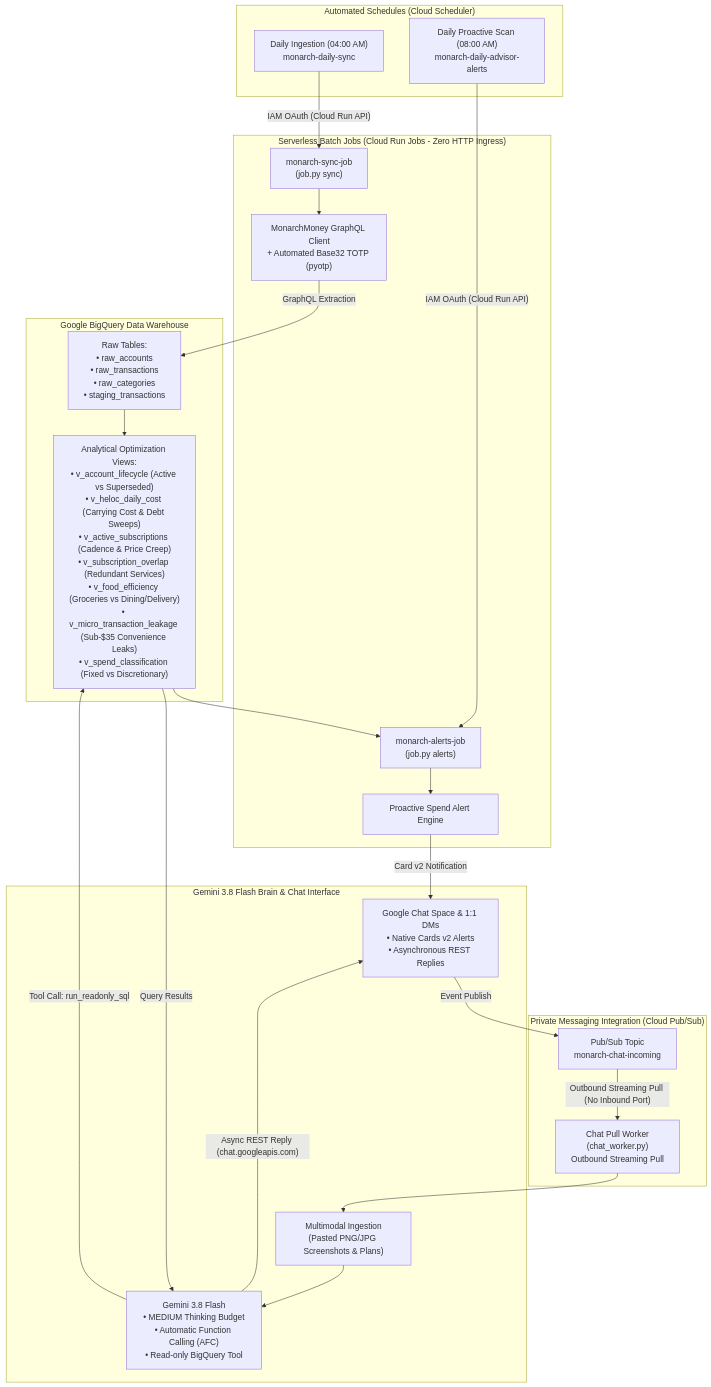
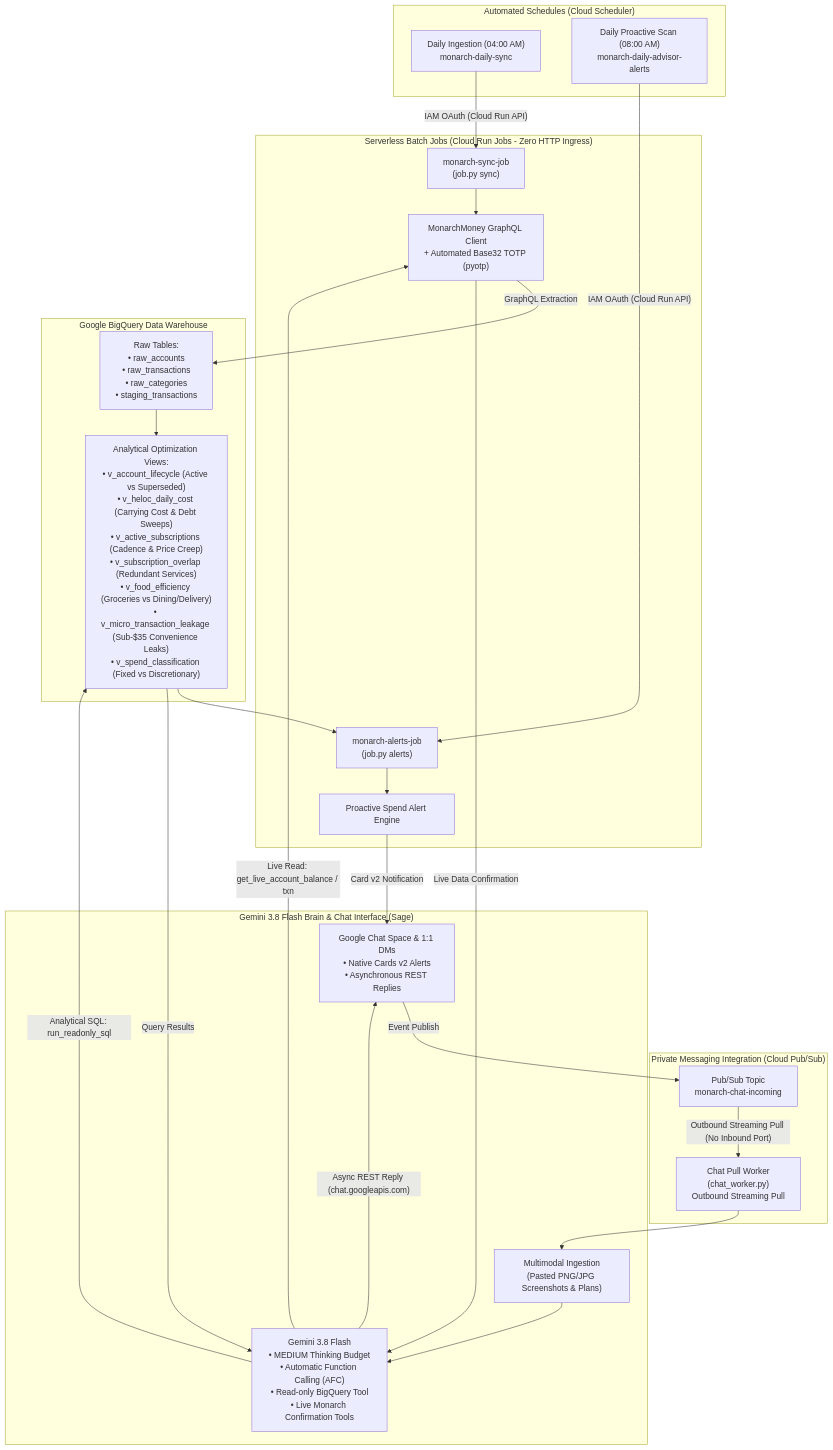
The diagram in README.md (n0012/family-financial-intelligence-hub), drawn with Mermaid before and after one commit. The commit also changed other lines of this file, not shown here.

Commit message:
docs: add incremental architecture & PR changelog to README.md

````diff
--- a/README.md
+++ b/README.md
@@ -36,48 +36,50 @@
 ```mermaid
 flowchart TD
     subgraph Scheduling ["Automated Schedules (Cloud Scheduler)"]
         CronSync["Daily Ingestion (04:00 AM)<br/>monarch-daily-sync"]
         CronAlert["Daily Proactive Scan (08:00 AM)<br/>monarch-daily-advisor-alerts"]
     end
 
     subgraph BatchLayer ["Serverless Batch Jobs (Cloud Run Jobs - Zero HTTP Ingress)"]
         JobSync["monarch-sync-job<br/>(job.py sync)"]
         JobAlert["monarch-alerts-job<br/>(job.py alerts)"]
         MMClient["MonarchMoney GraphQL Client<br/>+ Automated Base32 TOTP (pyotp)"]
         AdvisorEngine["Proactive Spend Alert Engine"]
     end
 
     subgraph DataWarehouse ["Google BigQuery Data Warehouse"]
         RawTables["Raw Tables:<br/>• raw_accounts<br/>• raw_transactions<br/>• raw_categories<br/>• staging_transactions"]
         Views["Analytical Optimization Views:<br/>• v_account_lifecycle (Active vs Superseded)<br/>• v_heloc_daily_cost (Carrying Cost & Debt Sweeps)<br/>• v_active_subscriptions (Cadence & Price Creep)<br/>• v_subscription_overlap (Redundant Services)<br/>• v_food_efficiency (Groceries vs Dining/Delivery)<br/>• v_micro_transaction_leakage (Sub-$35 Convenience Leaks)<br/>• v_spend_classification (Fixed vs Discretionary)"]
     end
 
     subgraph PrivateIngestion ["Private Messaging Integration (Cloud Pub/Sub)"]
         Topic["Pub/Sub Topic<br/>monarch-chat-incoming"]
         Worker["Chat Pull Worker<br/>(chat_worker.py)<br/>Outbound Streaming Pull"]
     end
 
-    subgraph Intelligence ["Gemini 3.8 Flash Brain & Chat Interface"]
-        GeminiFlash["Gemini 3.8 Flash<br/>• MEDIUM Thinking Budget<br/>• Automatic Function Calling (AFC)<br/>• Read-only BigQuery Tool"]
+    subgraph Intelligence ["Gemini 3.8 Flash Brain & Chat Interface (Sage)"]
+        GeminiFlash["Gemini 3.8 Flash<br/>• MEDIUM Thinking Budget<br/>• Automatic Function Calling (AFC)<br/>• Read-only BigQuery Tool<br/>• Live Monarch Confirmation Tools"]
         MultimodalVision["Multimodal Ingestion<br/>(Pasted PNG/JPG Screenshots & Plans)"]
         GoogleChat["Google Chat Space & 1:1 DMs<br/>• Native Cards v2 Alerts<br/>• Asynchronous REST Replies"]
     end
 
     CronSync -->|"IAM OAuth (Cloud Run API)"| JobSync
     JobSync --> MMClient
     MMClient -->|"GraphQL Extraction"| RawTables
     RawTables --> Views
 
     CronAlert -->|"IAM OAuth (Cloud Run API)"| JobAlert
     Views --> JobAlert
     JobAlert --> AdvisorEngine
     AdvisorEngine -->|"Card v2 Notification"| GoogleChat
 
     GoogleChat -->|"Event Publish"| Topic
     Topic -->|"Outbound Streaming Pull (No Inbound Port)"| Worker
     Worker --> MultimodalVision
     MultimodalVision --> GeminiFlash
-    GeminiFlash -->|"Tool Call: run_readonly_sql"| Views
+    GeminiFlash -->|"Analytical SQL: run_readonly_sql"| Views
     Views -->|"Query Results"| GeminiFlash
+    GeminiFlash -->|"Live Read: get_live_account_balance / txn"| MMClient
+    MMClient -->|"Live Data Confirmation"| GeminiFlash
     GeminiFlash -->|"Async REST Reply (chat.googleapis.com)"| GoogleChat
 ```
````
